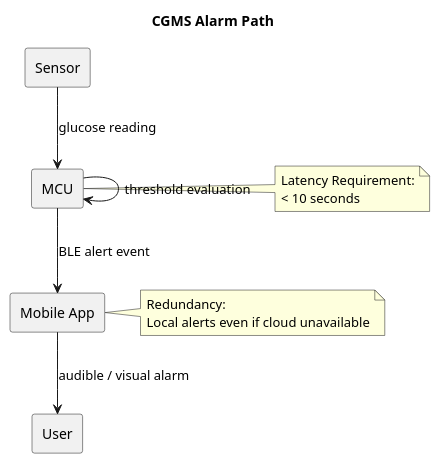
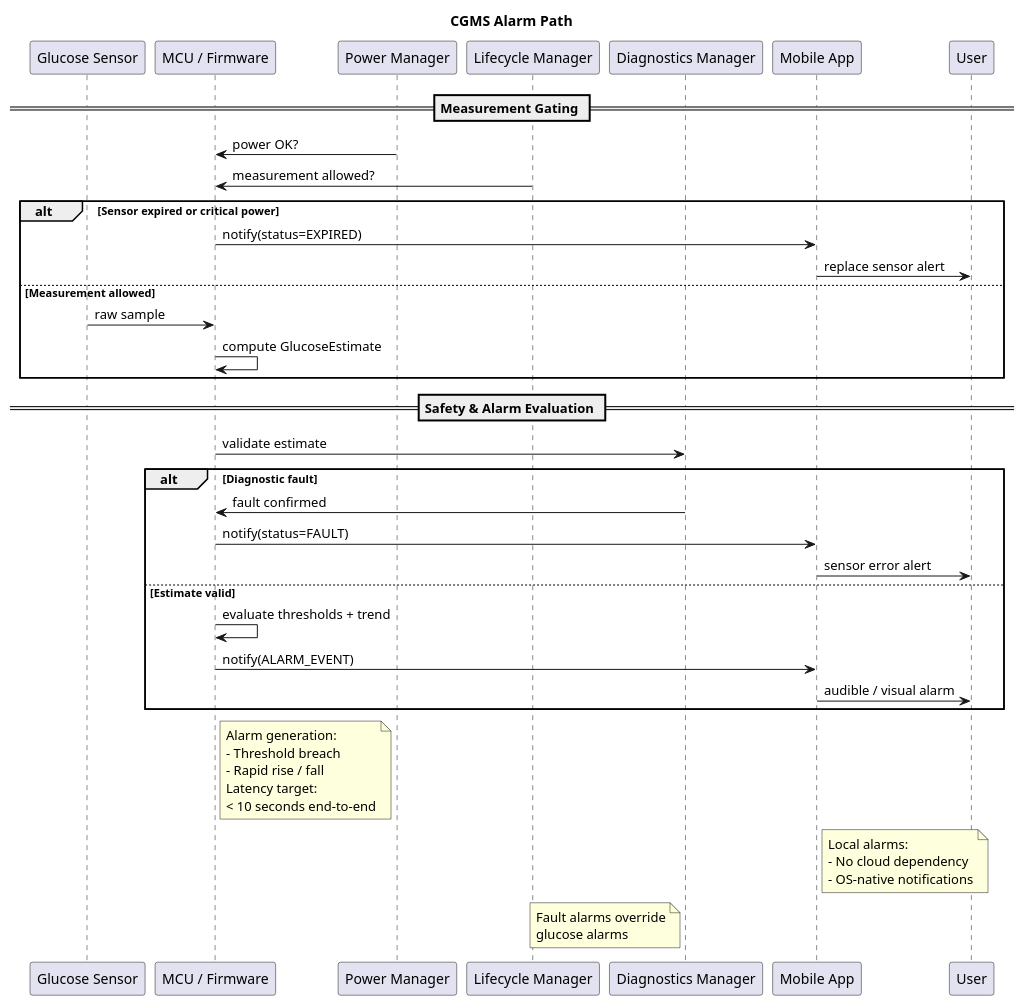
The diagram in documents/diagrams/safety/cgms_alarm_path.puml (spothana/cgms), drawn with PlantUML before and after one commit. The commit also changed other lines of this file and 23 other files, not shown here.

Commit message:
update the design diagrams to reflect one time usage of CGM devices and add diagnostic telemetry

```diff
--- a/documents/diagrams/safety/cgms_alarm_path.puml
+++ b/documents/diagrams/safety/cgms_alarm_path.puml
@@ -1,26 +1,56 @@
 @startuml cgms_alarm_path
-skinparam componentStyle rectangle
+title CGMS Alarm Path 
 
-title CGMS Alarm Path
+participant "Glucose Sensor" as Sensor
+participant "MCU / Firmware" as MCU
+participant "Power Manager" as Power
+participant "Lifecycle Manager" as Life
+participant "Diagnostics Manager" as Diag
+participant "Mobile App" as App
+participant User
 
-component Sensor
-component MCU
-component "Mobile App" as App
-component User
+== Measurement Gating ==
+Power -> MCU : power OK?
+Life -> MCU : measurement allowed?
 
-Sensor --> MCU : glucose reading
-MCU --> MCU : threshold evaluation
-MCU --> App : BLE alert event
-App --> User : audible / visual alarm
+alt Sensor expired or critical power
+    MCU -> App : notify(status=EXPIRED)
+    App -> User : replace sensor alert
+else Measurement allowed
+    Sensor -> MCU : raw sample
+    MCU -> MCU : compute GlucoseEstimate
+end
+
+== Safety & Alarm Evaluation ==
+MCU -> Diag : validate estimate
+
+alt Diagnostic fault
+    Diag -> MCU : fault confirmed
+    MCU -> App : notify(status=FAULT)
+    App -> User : sensor error alert
+else Estimate valid
+    MCU -> MCU : evaluate thresholds + trend
+    MCU -> App : notify(ALARM_EVENT)
+    App -> User : audible / visual alarm
+end
 
 note right of MCU
-Latency Requirement:
-< 10 seconds
+Alarm generation:
+- Threshold breach
+- Rapid rise / fall
+Latency target:
+< 10 seconds end-to-end
 end note
 
 note right of App
-Redundancy:
-Local alerts even if cloud unavailable
+Local alarms:
+- No cloud dependency
+- OS-native notifications
+end note
+
+note left of Diag
+Fault alarms override
+glucose alarms
 end note
 
 @enduml
```
